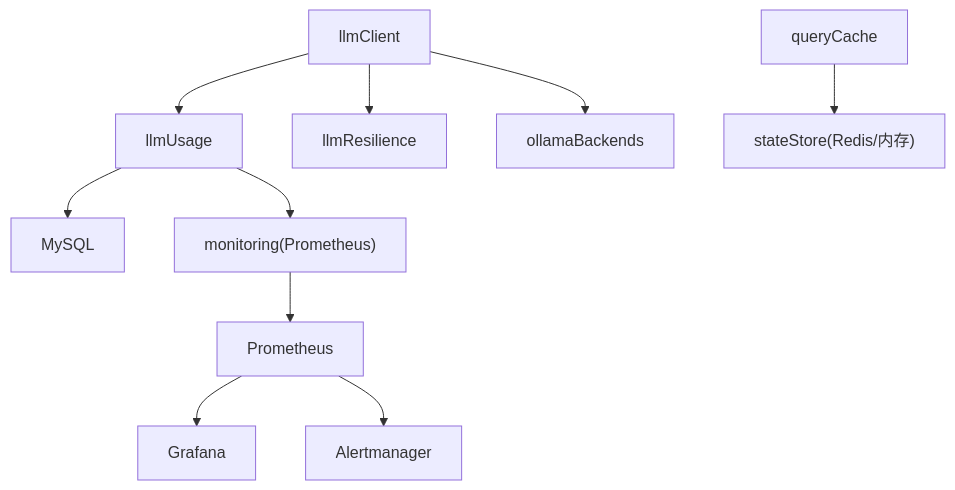
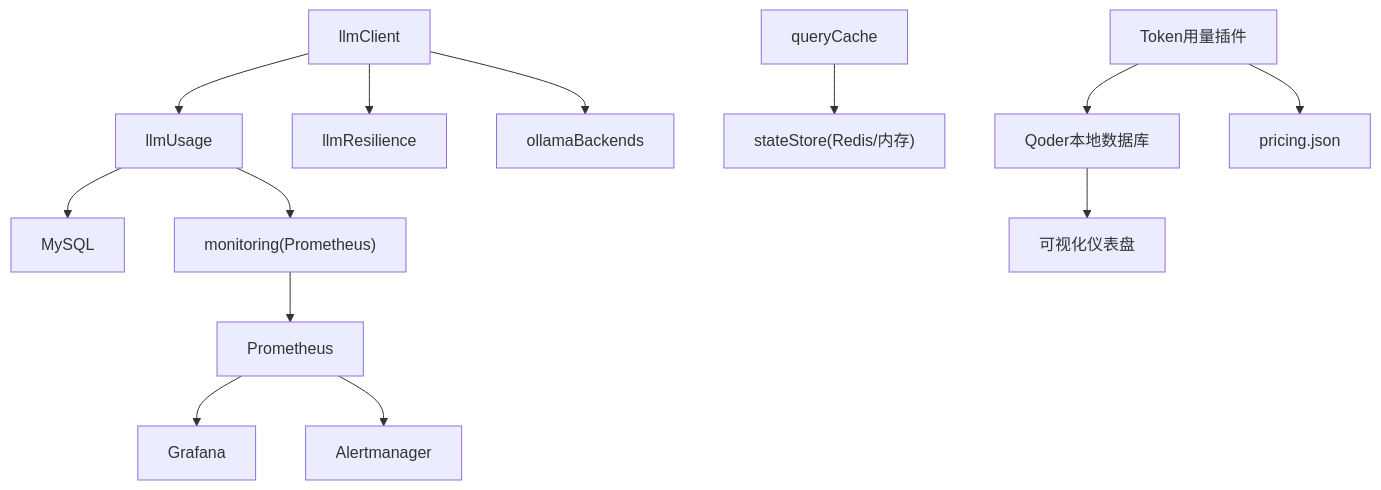
The eighth of 8 diagrams in .qoder/repowiki/zh/content/AI与LLM集成/性能监控与成本优化.md (dgjin/smart-data-analytics), drawn with Mermaid before and after one commit. The commit also changed other lines of this file and 146 other files, not shown here.

````diff
--- a/.qoder/repowiki/zh/content/AI与LLM集成/性能监控与成本优化.md
+++ b/.qoder/repowiki/zh/content/AI与LLM集成/性能监控与成本优化.md
@@ -314,12 +393,15 @@
 ```mermaid
 graph TB
 LC["llmClient"] --> LU["llmUsage"]
 LC --> LR["llmResilience"]
 LC --> OB["ollamaBackends"]
 LU --> DB["MySQL"]
 LU --> MON["monitoring(Prometheus)"]
 QC["queryCache"] --> SS["stateStore(Redis/内存)"]
 MON --> PM["Prometheus"]
 PM --> GF["Grafana"]
 PM --> AM["Alertmanager"]
+Plugin["Token用量插件"] --> LocalDB["Qoder本地数据库"]
+Plugin --> Pricing["pricing.json"]
+LocalDB --> Dashboard["可视化仪表盘"]
 ```
````
